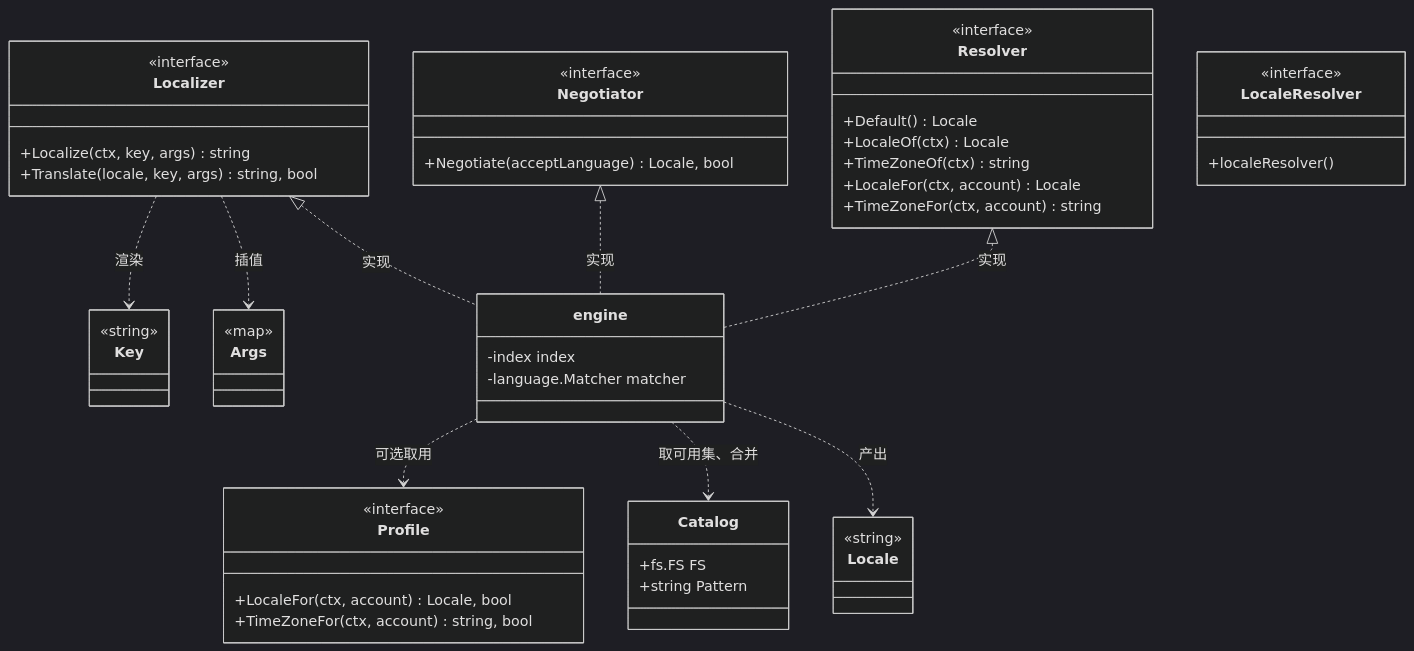
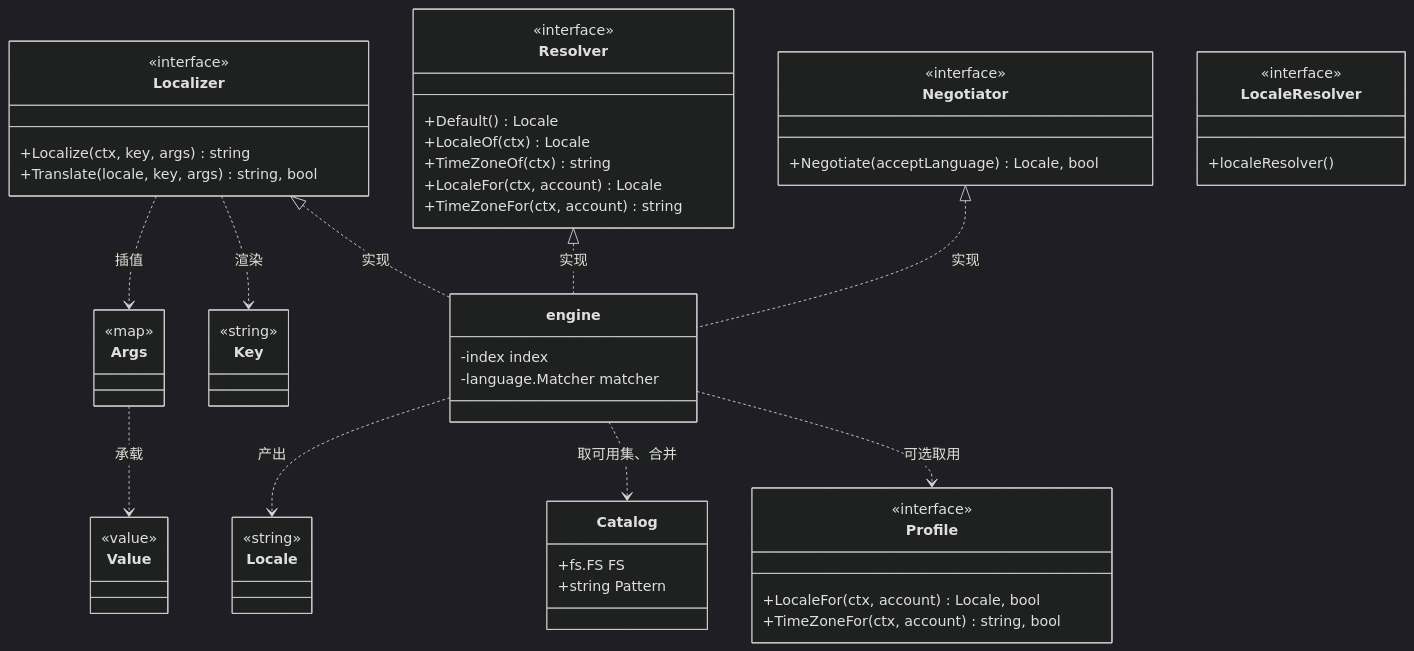
Before and after one commit to wangzw/speed: the first of 2 diagrams in docs/design/modules/design-i18n.md, drawn with Mermaid (dark theme). The commit also changed other lines of this file and 13 other files, not shown here.

````diff
--- a/docs/design/modules/design-i18n.md
+++ b/docs/design/modules/design-i18n.md
@@ -212,55 +236,59 @@
 ```mermaid
 classDiagram
     class Locale {
         <<string>>
     }
     class Key {
         <<string>>
     }
     class Args {
         <<map>>
+    }
+    class Value {
+        <<value>>
     }
     class Localizer {
         <<interface>>
         +Localize(ctx, key, args) string
         +Translate(locale, key, args) string, bool
     }
     class Negotiator {
         <<interface>>
         +Negotiate(acceptLanguage) Locale, bool
     }
     class Resolver {
         <<interface>>
         +Default() Locale
         +LocaleOf(ctx) Locale
         +TimeZoneOf(ctx) string
         +LocaleFor(ctx, account) Locale
         +TimeZoneFor(ctx, account) string
     }
     class Profile {
         <<interface>>
         +LocaleFor(ctx, account) Locale, bool
         +TimeZoneFor(ctx, account) string, bool
     }
     class Catalog {
         +fs.FS FS
         +string Pattern
     }
     class LocaleResolver {
         <<interface>>
         +localeResolver()
     }
     class engine {
         -index index
         -language.Matcher matcher
     }
 
     Localizer <|.. engine : 实现
     Negotiator <|.. engine : 实现
     Resolver <|.. engine : 实现
     engine ..> Profile : 可选取用
     engine ..> Catalog : 取可用集、合并
     engine ..> Locale : 产出
     Localizer ..> Key : 渲染
     Localizer ..> Args : 插值
+    Args ..> Value : 承载
 ```
````
